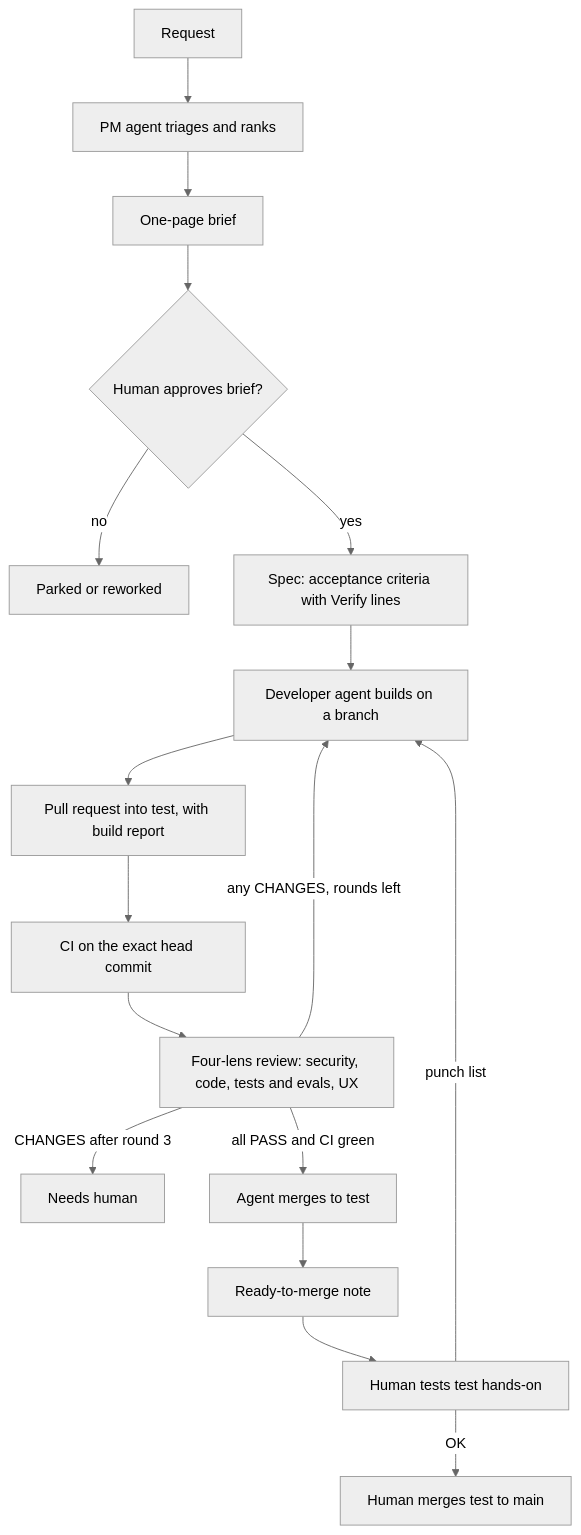
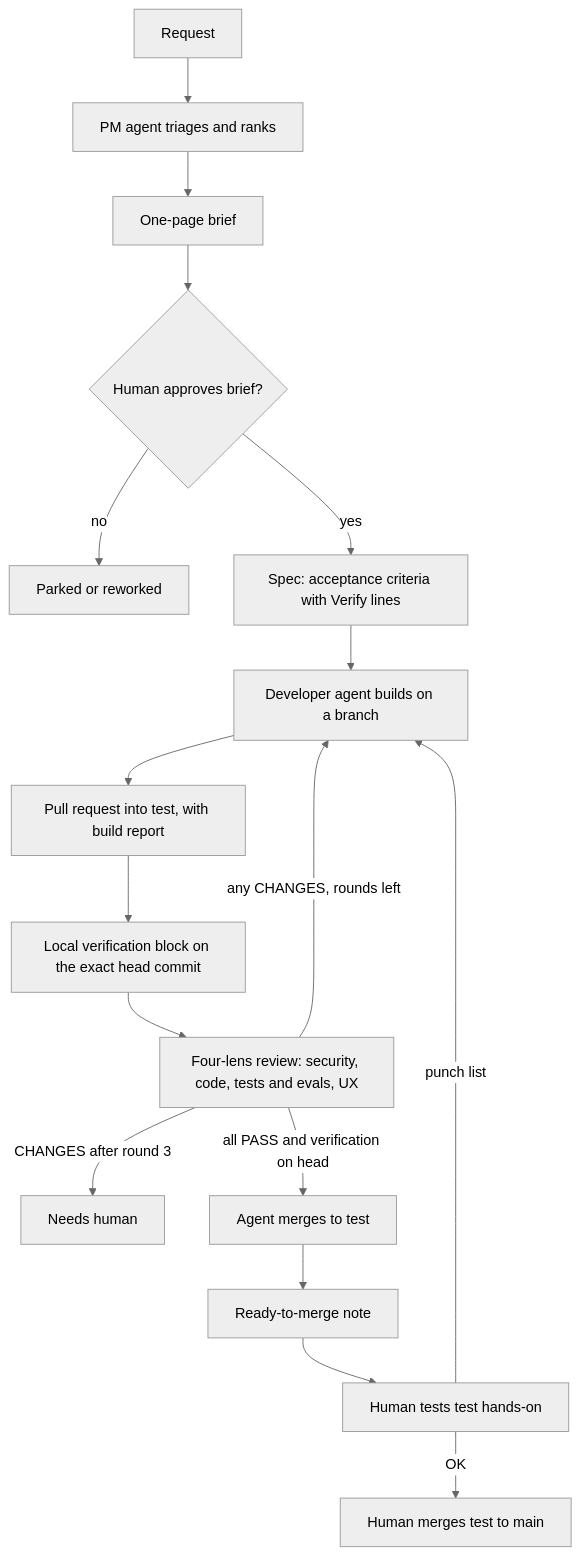
Before and after one commit to goldvalleysolutions/gvs-factory: the diagram in docs/process.md, drawn with Mermaid (neutral theme). The commit also changed other lines of this file and 8 other files, not shown here.

Commit message:
CI minutes standard v2: local verification before merge (#2)

````diff
--- a/docs/process.md
+++ b/docs/process.md
@@ -26,19 +26,19 @@
 ```mermaid
 flowchart TD
   A[Request] --> B[PM agent triages and ranks]
   B --> C[One-page brief]
   C --> D{Human approves brief?}
   D -- no --> P[Parked or reworked]
   D -- yes --> E[Spec: acceptance criteria with Verify lines]
   E --> F[Developer agent builds on a branch]
   F --> G[Pull request into test, with build report]
-  G --> H[CI on the exact head commit]
+  G --> H[Local verification block on the exact head commit]
   H --> I[Four-lens review: security, code, tests and evals, UX]
   I -- any CHANGES, rounds left --> F
   I -- CHANGES after round 3 --> N[Needs human]
-  I -- all PASS and CI green --> J[Agent merges to test]
+  I -- all PASS and verification on head --> J[Agent merges to test]
   J --> K[Ready-to-merge note]
   K --> L[Human tests test hands-on]
   L -- punch list --> F
   L -- OK --> M[Human merges test to main]
 ```
````
